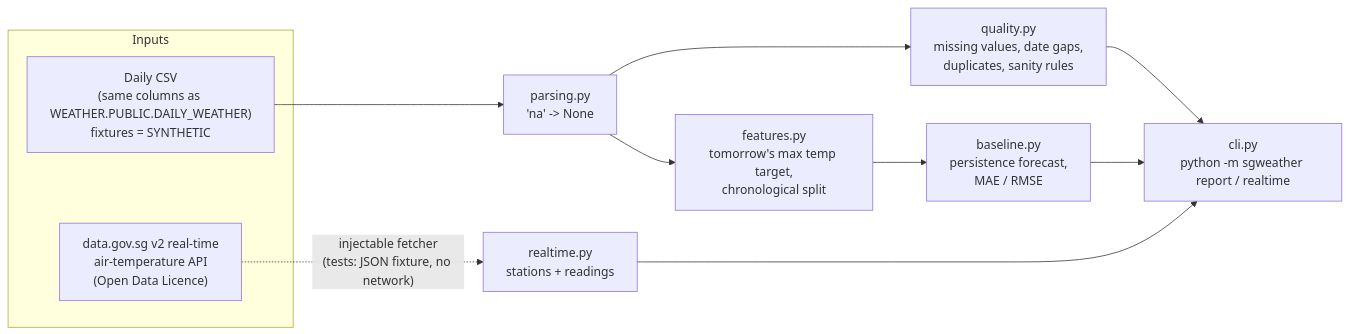
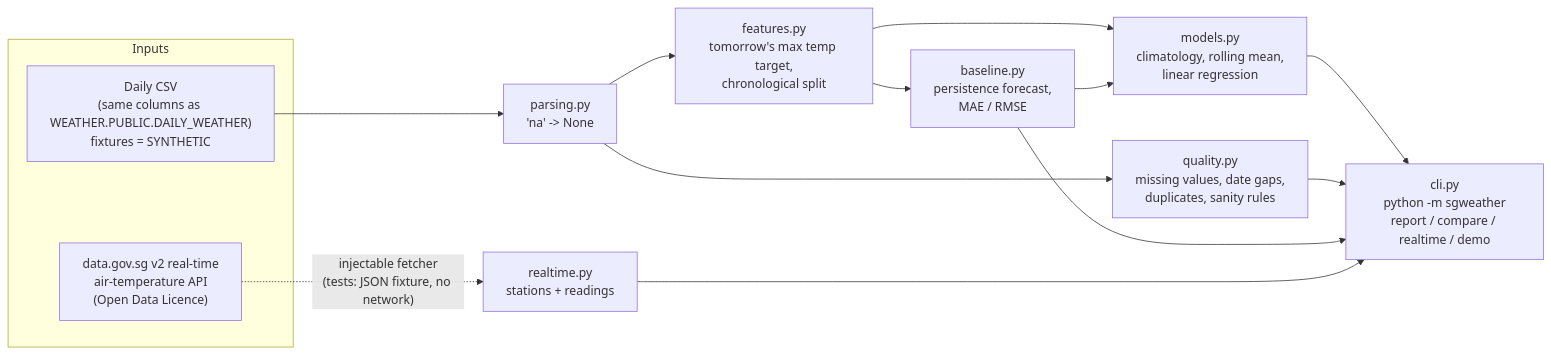
One commit to zeekiankok92/aixtech-agent-harness-demo changed the first of 2 diagrams in docs/architecture.md. Above: the diagram before and after it, drawn with Mermaid. The commit also changed 11 other files, not shown here.

````diff
--- a/docs/architecture.md
+++ b/docs/architecture.md
@@ -5,15 +5,18 @@
 ```mermaid
 flowchart LR
     subgraph Inputs
         CSV["Daily CSV<br/>(same columns as WEATHER.PUBLIC.DAILY_WEATHER)<br/>fixtures = SYNTHETIC"]
         API["data.gov.sg v2 real-time<br/>air-temperature API<br/>(Open Data Licence)"]
     end
     CSV --> P["parsing.py<br/>'na' -> None"]
     P --> Q["quality.py<br/>missing values, date gaps,<br/>duplicates, sanity rules"]
     P --> F["features.py<br/>tomorrow's max temp target,<br/>chronological split"]
     F --> B["baseline.py<br/>persistence forecast,<br/>MAE / RMSE"]
+    F --> MD["models.py<br/>climatology, rolling mean,<br/>linear regression"]
+    B --> MD
+    MD --> CLI
     API -. "injectable fetcher<br/>(tests: JSON fixture, no network)" .-> R["realtime.py<br/>stations + readings"]
-    Q --> CLI["cli.py<br/>python -m sgweather report / realtime"]
+    Q --> CLI["cli.py<br/>python -m sgweather<br/>report / compare / realtime / demo"]
     B --> CLI
     R --> CLI
 ```
````
